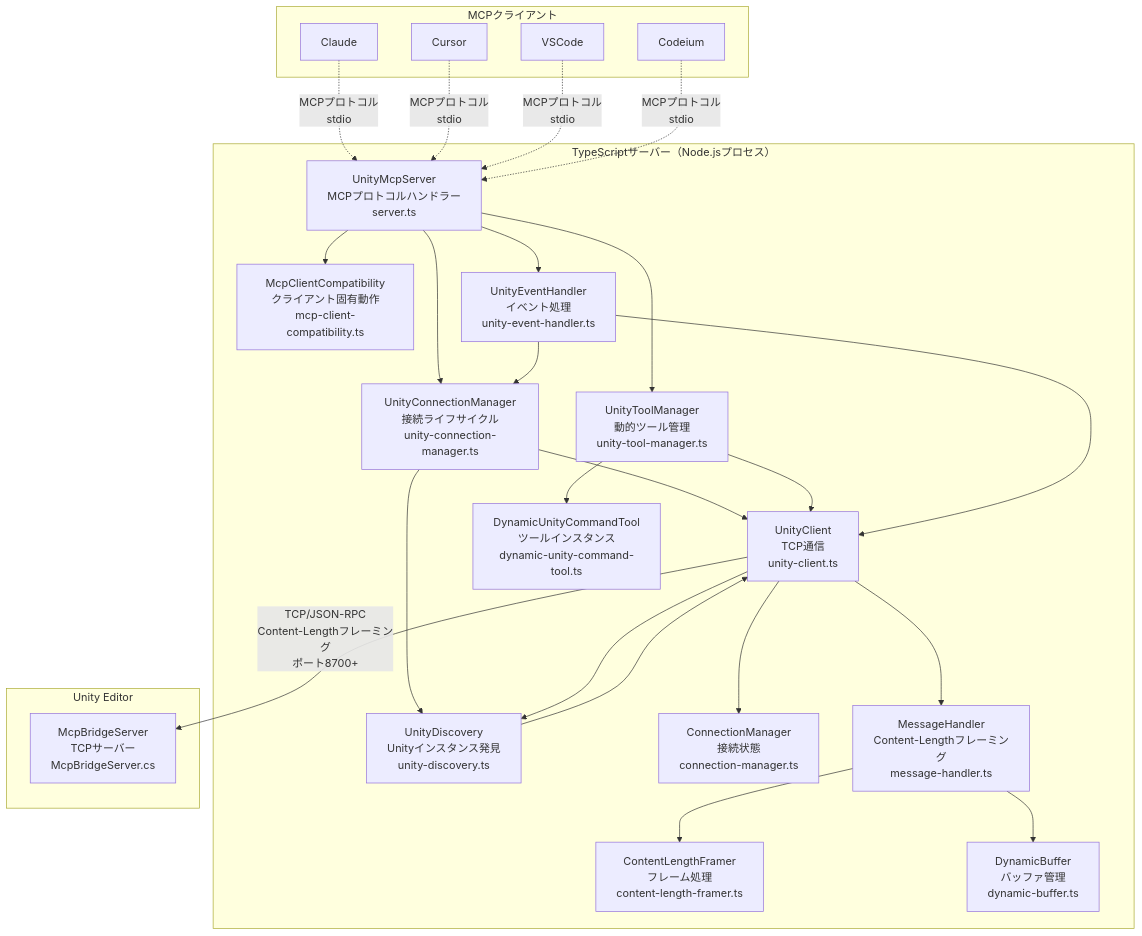
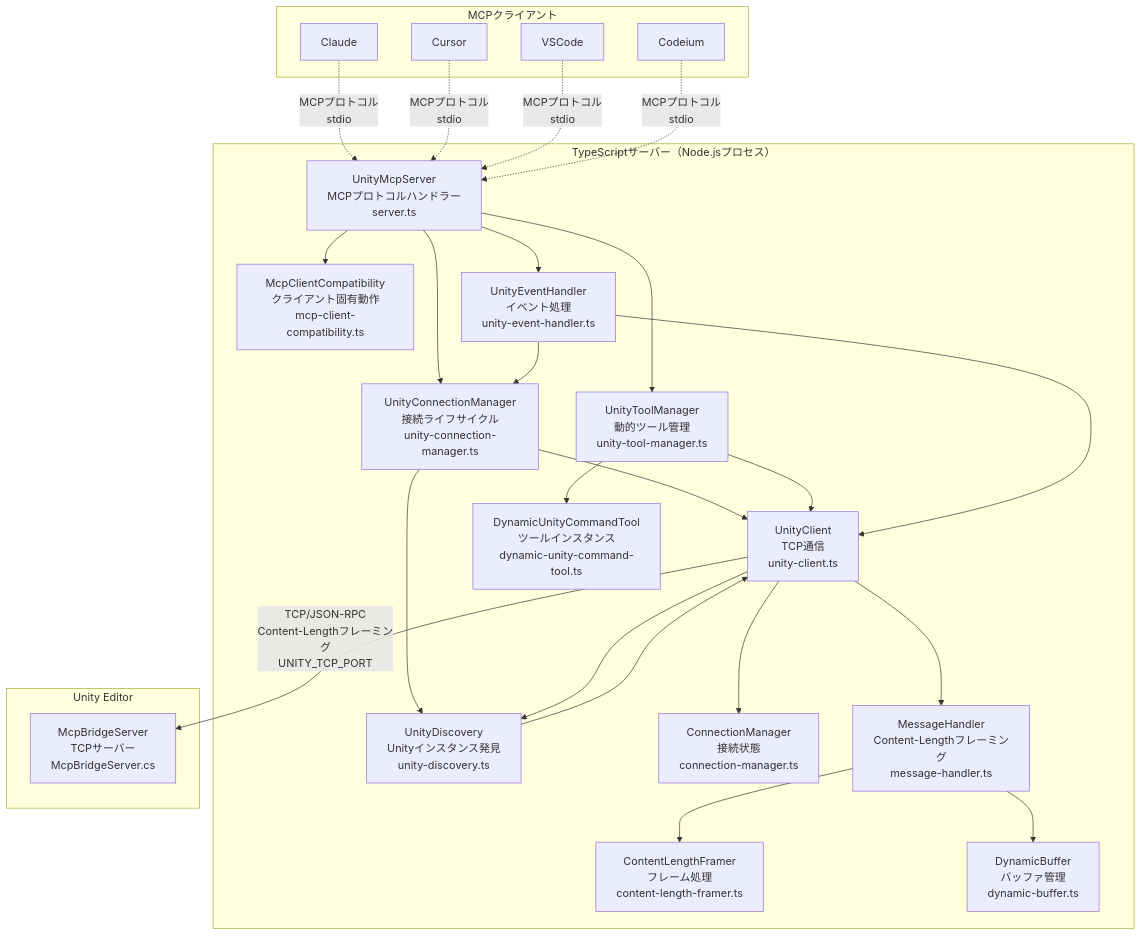
Before and after one commit to hatayama/uLoopMCP: diagram 14 of 16 in Packages/src/ARCHITECTURE_ja.md, drawn with Mermaid. The commit also changed other lines of this file and 1 other file, not shown here.

First line of the commit message:
docs: replace hardcoded port references with UNITY_TCP_PORT in diagrams

````diff
--- a/Packages/src/ARCHITECTURE_ja.md
+++ b/Packages/src/ARCHITECTURE_ja.md
@@ -1122,51 +1122,51 @@
 ```mermaid
 graph TB
     subgraph "MCPクライアント"
         Claude[Claude]
         Cursor[Cursor]
         VSCode[VSCode]
         Codeium[Codeium]
     end
     
     subgraph "TypeScriptサーバー（Node.jsプロセス）"
         MCP[UnityMcpServer<br/>MCPプロトコルハンドラー<br/>server.ts]
         UCM[UnityConnectionManager<br/>接続ライフサイクル<br/>unity-connection-manager.ts]
         UTM[UnityToolManager<br/>動的ツール管理<br/>unity-tool-manager.ts]
         MCC[McpClientCompatibility<br/>クライアント固有動作<br/>mcp-client-compatibility.ts]
         UEH[UnityEventHandler<br/>イベント処理<br/>unity-event-handler.ts]
         UC[UnityClient<br/>TCP通信<br/>unity-client.ts]
         UD[UnityDiscovery<br/>Unityインスタンス発見<br/>unity-discovery.ts]
         CM[ConnectionManager<br/>接続状態<br/>connection-manager.ts]
         MH[MessageHandler<br/>Content-Lengthフレーミング<br/>message-handler.ts]
         CLF[ContentLengthFramer<br/>フレーム処理<br/>content-length-framer.ts]
         DB[DynamicBuffer<br/>バッファ管理<br/>dynamic-buffer.ts]
         Tools[DynamicUnityCommandTool<br/>ツールインスタンス<br/>dynamic-unity-command-tool.ts]
     end
     
     subgraph "Unity Editor"
         Bridge[McpBridgeServer<br/>TCPサーバー<br/>McpBridgeServer.cs]
     end
     
     Claude -.->|MCPプロトコル<br/>stdio| MCP
     Cursor -.->|MCPプロトコル<br/>stdio| MCP
     VSCode -.->|MCPプロトコル<br/>stdio| MCP
     Codeium -.->|MCPプロトコル<br/>stdio| MCP
     
     MCP --> UCM
     MCP --> UTM
     MCP --> MCC
     MCP --> UEH
     UCM --> UC
     UCM --> UD
     UTM --> UC
     UTM --> Tools
     UEH --> UC
     UEH --> UCM
     UC --> CM
     UC --> MH
     UC --> UD
     UD --> UC
     MH --> CLF
     MH --> DB
-    UC -->|TCP/JSON-RPC<br/>Content-Lengthフレーミング<br/>ポート8700+| Bridge
+    UC -->|TCP/JSON-RPC<br/>Content-Lengthフレーミング<br/>UNITY_TCP_PORT| Bridge
 ```
````
